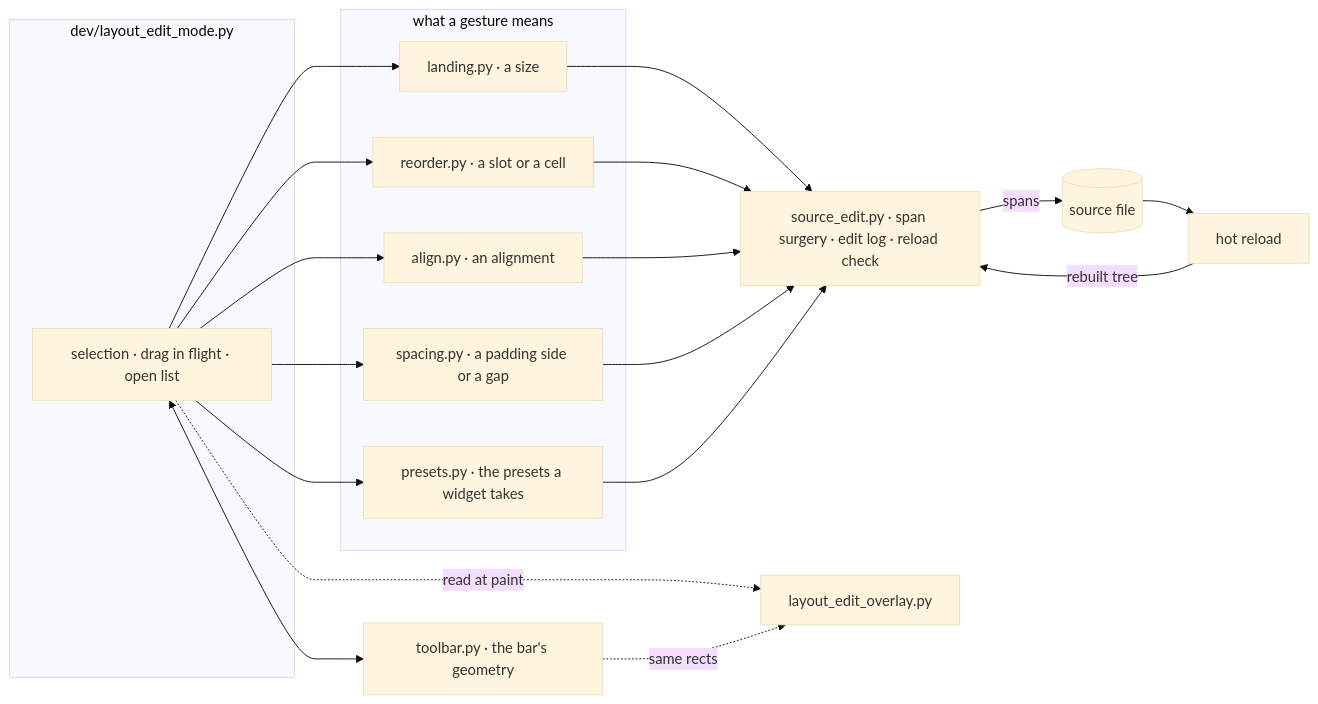
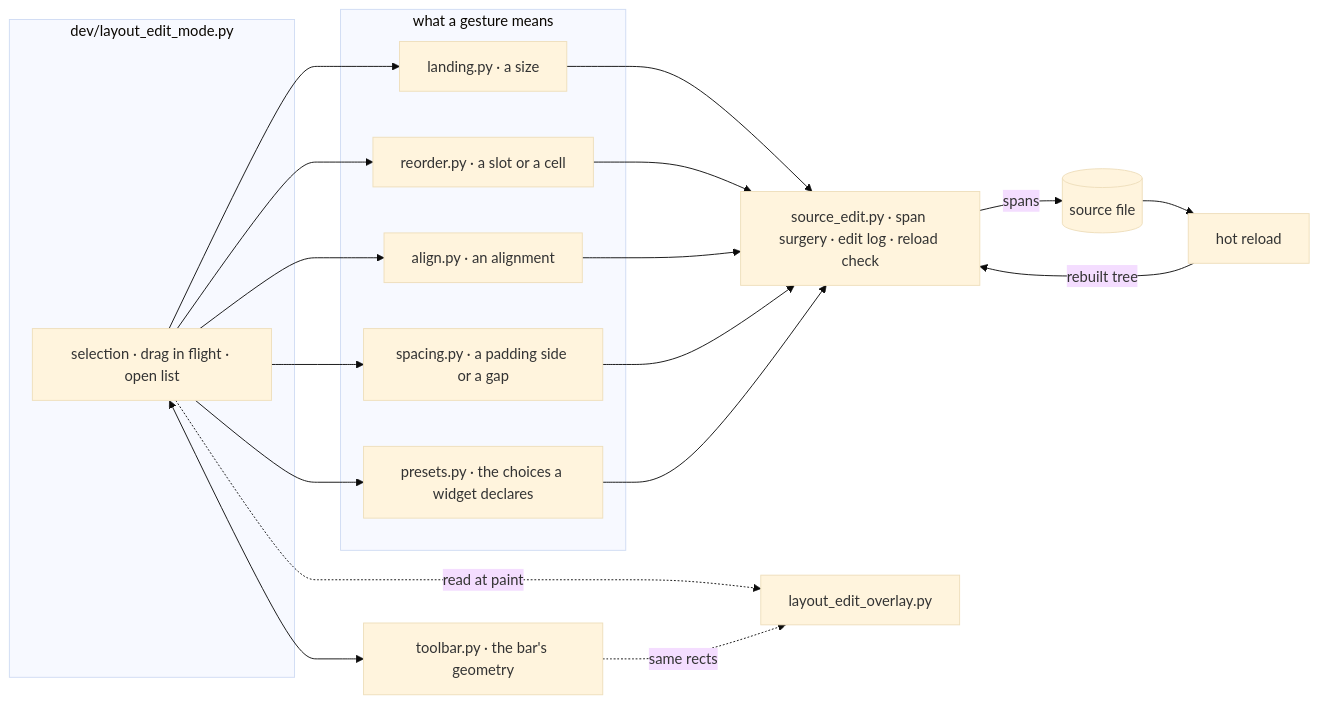
Before and after one commit to yuksblog/nuiitivet: the second of 2 diagrams in docs/design/DEV_MODES.md, drawn with Mermaid (base theme). The commit also changed other lines of this file and 34 other files, not shown here.

````diff
--- a/docs/design/DEV_MODES.md
+++ b/docs/design/DEV_MODES.md
@@ -284,24 +284,24 @@
 ```mermaid
 flowchart LR
     subgraph mode[dev/layout_edit_mode.py]
         state[selection · drag in flight · open list]
     end
     subgraph readings[what a gesture means]
         landing[landing.py · a size]
         reorder[reorder.py · a slot or a cell]
         align[align.py · an alignment]
         spacing[spacing.py · a padding side or a gap]
-        presets[presets.py · the presets a widget takes]
+        presets[presets.py · the choices a widget declares]
     end
     toolbar[toolbar.py · the bar's geometry]
     edit[source_edit.py · span surgery · edit log · reload check]
     file[(source file)]
     reload[hot reload]
     overlay[layout_edit_overlay.py]
 
     state --> landing & reorder & align & spacing & presets --> edit
     state <--> toolbar
     edit -- spans --> file --> reload -- rebuilt tree --> edit
     state -. read at paint .-> overlay
     toolbar -. same rects .-> overlay
 ```
````
